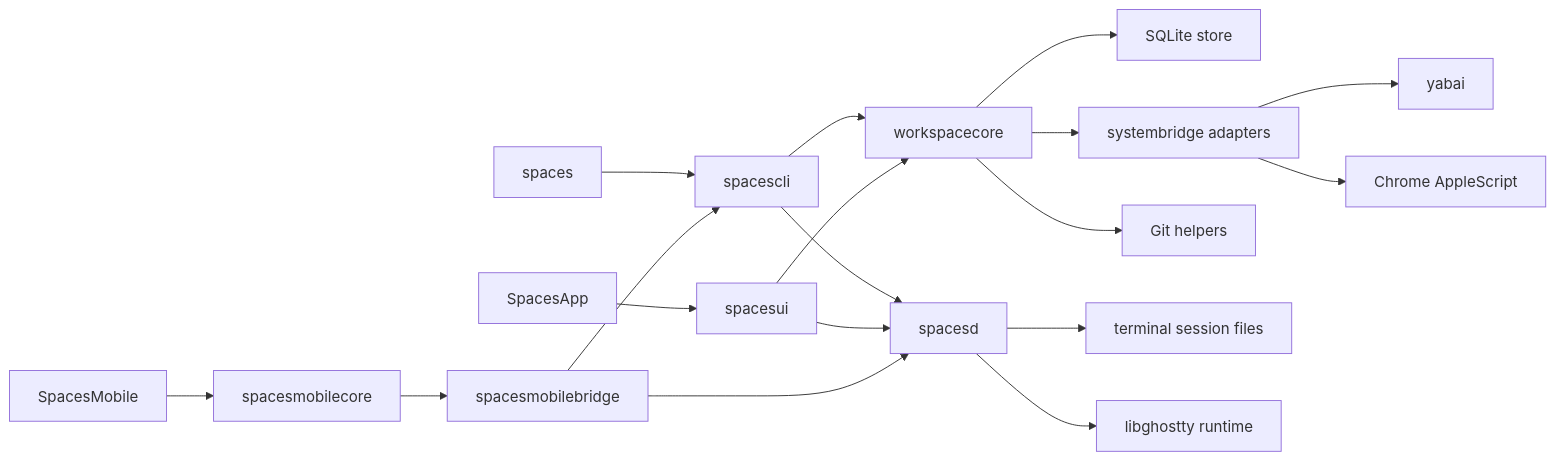
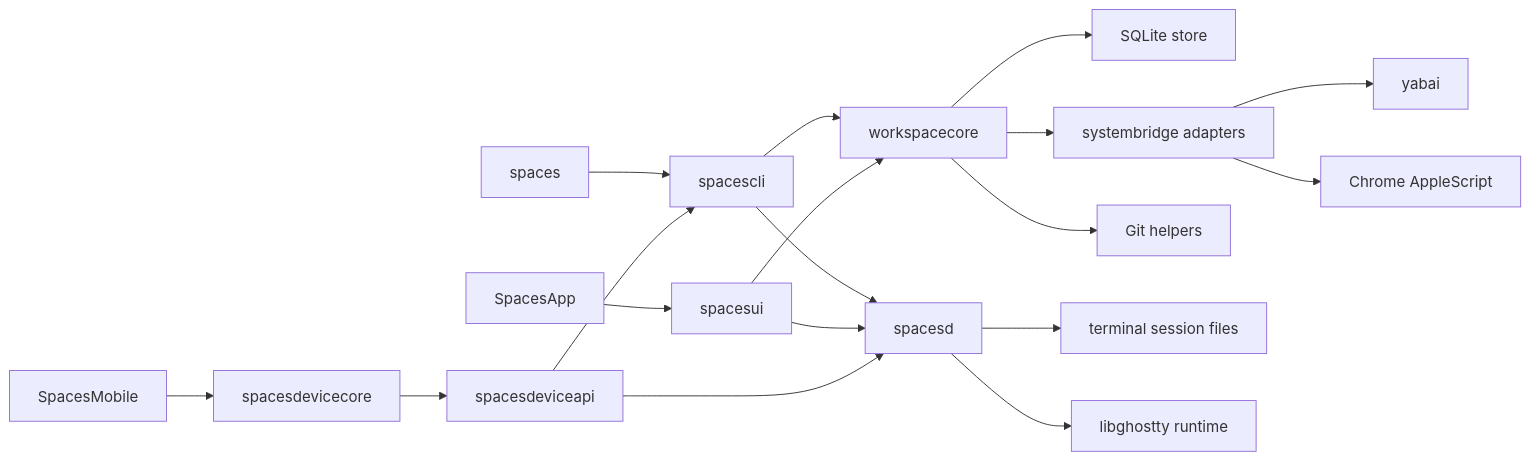
The first of 3 diagrams in docs/implementation.md (yogesh-dhande/spaces), drawn with Mermaid before and after one commit. The commit also changed other lines of this file and 153 other files, not shown here.

````diff
--- a/docs/implementation.md
+++ b/docs/implementation.md
@@ -17,23 +17,23 @@
 ```mermaid
 flowchart LR
   cli["spaces"] --> spacescli["spacescli"]
   spacescli --> stream["workspacecore"]
   spacescli --> terminalservice["spacesd"]
   app["SpacesApp"] --> spacesui["spacesui"]
   spacesui --> stream
   spacesui --> terminalservice
-  ios["SpacesMobile"] --> mobilecore["spacesmobilecore"]
-  mobilecore --> mobilebridge["spacesmobilebridge"]
-  mobilebridge --> terminalservice
-  mobilebridge --> spacescli
+  ios["SpacesMobile"] --> devicecore["spacesdevicecore"]
+  devicecore --> deviceapi["spacesdeviceapi"]
+  deviceapi --> terminalservice
+  deviceapi --> spacescli
 
   stream --> store["SQLite store"]
   stream --> systembridge["systembridge adapters"]
   stream --> git["Git helpers"]
 
   terminalservice --> terminalfiles["terminal session files"]
   terminalservice --> ghostty["libghostty runtime"]
 
   systembridge --> yabai["yabai"]
   systembridge --> chrome["Chrome AppleScript"]
 ```
````
